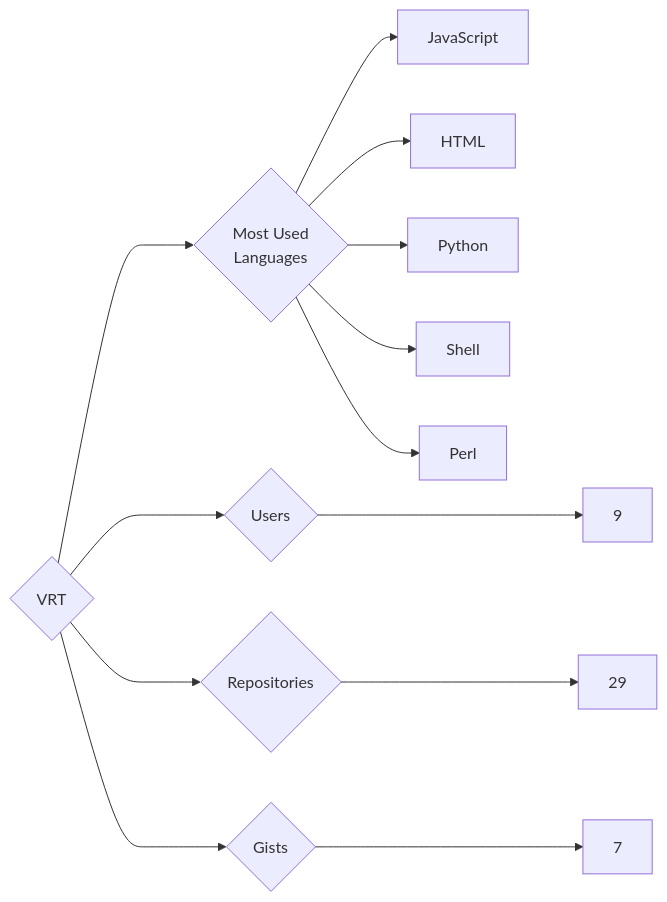
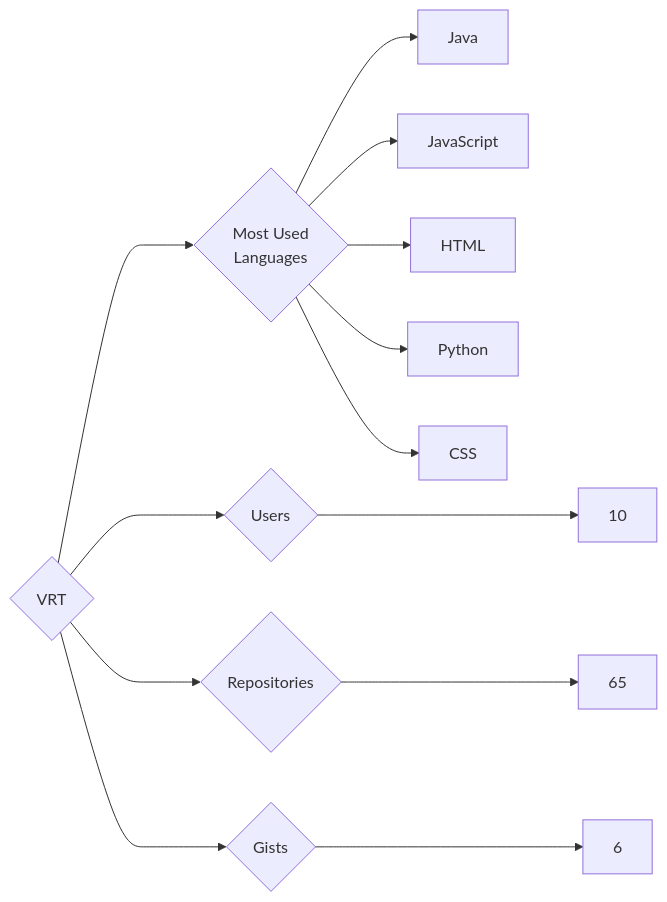
Before and after one commit to trickest/insiders: the diagram in targets/VRT/README.md, drawn with Mermaid. The commit also changed 969 other files, not shown here.

````diff
--- a/targets/VRT/README.md
+++ b/targets/VRT/README.md
@@ -3,13 +3,13 @@
 ```mermaid
 graph LR
 COMPANY_NAME{VRT}
-COMPANY_NAME ---> U{Users} ---> UN[9]
-COMPANY_NAME ---> R{Repositories} ---> RN[29]
-COMPANY_NAME ---> G{Gists} ---> GN[7]
+COMPANY_NAME ---> U{Users} ---> UN[10]
+COMPANY_NAME ---> R{Repositories} ---> RN[65]
+COMPANY_NAME ---> G{Gists} ---> GN[6]
 COMPANY_NAME ---> ML{Most Used<br>Languages}
+ML --> Java[Java]
 ML --> JavaScript[JavaScript]
 ML --> HTML[HTML]
 ML --> Python[Python]
-ML --> Shell[Shell]
-ML --> Perl[Perl]
+ML --> CSS[CSS]
 ```
````
